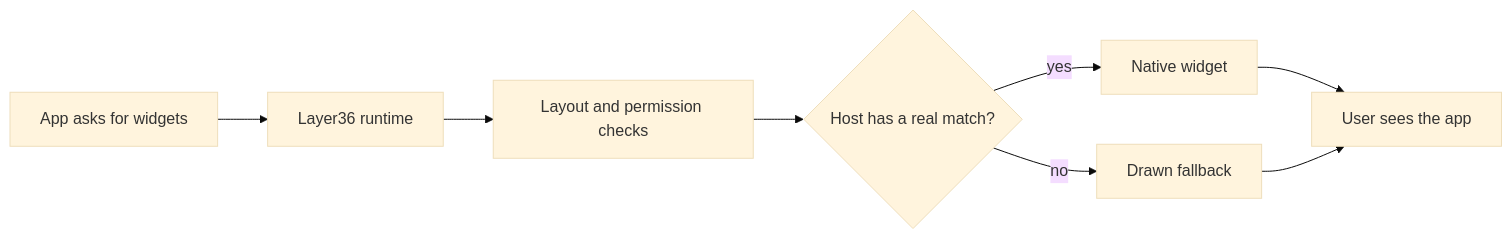
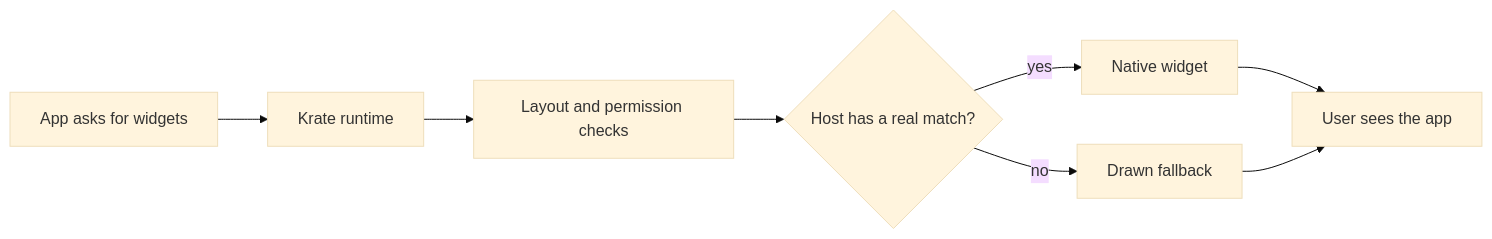
The first of 2 diagrams in docs/book/src/phase3/widget-protocol.md (incyashraj/krate), drawn with Mermaid (base theme) before and after one commit. The commit also changed other lines of this file and 342 other files, not shown here.

First line of the commit message:
feat!: rename Layer36 to Krate across the entire system (A9 Phase B)

````diff
--- a/docs/book/src/phase3/widget-protocol.md
+++ b/docs/book/src/phase3/widget-protocol.md
@@ -20,10 +20,10 @@
 ```mermaid
 flowchart LR
-    A["App asks for widgets"] --> B["Layer36 runtime"]
+    A["App asks for widgets"] --> B["Krate runtime"]
     B --> C["Layout and permission checks"]
     C --> D{"Host has a real match?"}
     D -->|yes| E["Native widget"]
     D -->|no| F["Drawn fallback"]
     E --> G["User sees the app"]
     F --> G
 ```
````
